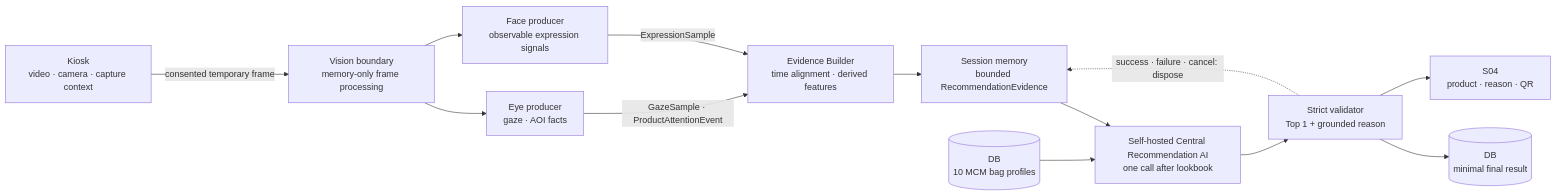
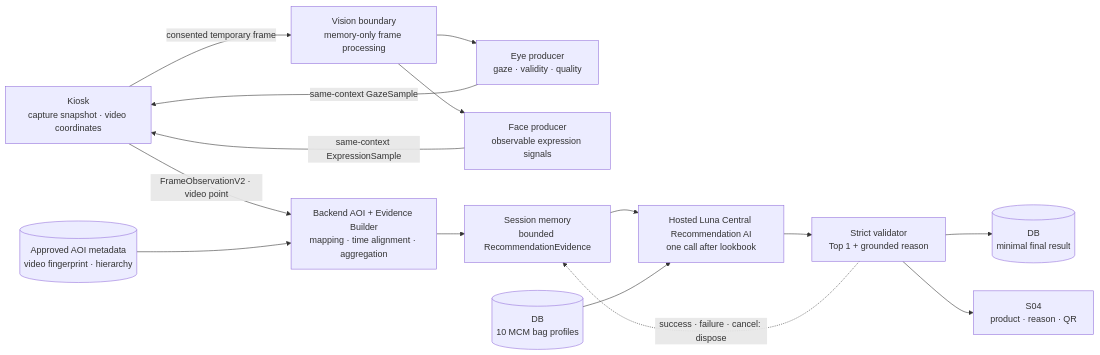
One commit to likelion-MKK/mkk-hackathon-project changed the diagram in docs/OVERALL_DESIGN.md. Above: the diagram before and after it, drawn with Mermaid. The commit also changed other lines of this file and 90 other files, not shown here.

Commit message:
feat: complete lookbook recommendation baseline

````diff
--- a/docs/OVERALL_DESIGN.md
+++ b/docs/OVERALL_DESIGN.md
@@ -47,27 +47,30 @@
 ```mermaid
 flowchart LR
-    K["Kiosk<br/>video · camera · capture context"]
+    K["Kiosk<br/>capture snapshot · video coordinates"]
     V["Vision boundary<br/>memory-only frame processing"]
-    E["Eye producer<br/>gaze · AOI facts"]
+    E["Eye producer<br/>gaze · validity · quality"]
     F["Face producer<br/>observable expression signals"]
-    B["Evidence Builder<br/>time alignment · derived features"]
+    D[("Approved AOI metadata<br/>video fingerprint · hierarchy")]
+    B["Backend AOI + Evidence Builder<br/>mapping · time alignment · aggregation"]
     M["Session memory<br/>bounded RecommendationEvidence"]
     C[("DB<br/>10 MCM bag profiles")]
-    A["Self-hosted Central Recommendation AI<br/>one call after lookbook"]
+    A["Hosted Luna Central Recommendation AI<br/>one call after lookbook"]
     O["Strict validator<br/>Top 1 + grounded reason"]
     R[("DB<br/>minimal final result")]
     S["S04<br/>product · reason · QR"]
 
     K -->|"consented temporary frame"| V
     V --> E
     V --> F
-    E -->|"GazeSample · ProductAttentionEvent"| B
-    F -->|"ExpressionSample"| B
+    E -->|"same-context GazeSample"| K
+    F -->|"same-context ExpressionSample"| K
+    K -->|"FrameObservationV2 · video point"| B
+    D --> B
     B --> M
     M --> A
     C --> A
     A --> O
     O --> R
     O --> S
     O -.->|"success · failure · cancel: dispose"| M
 ```
````
